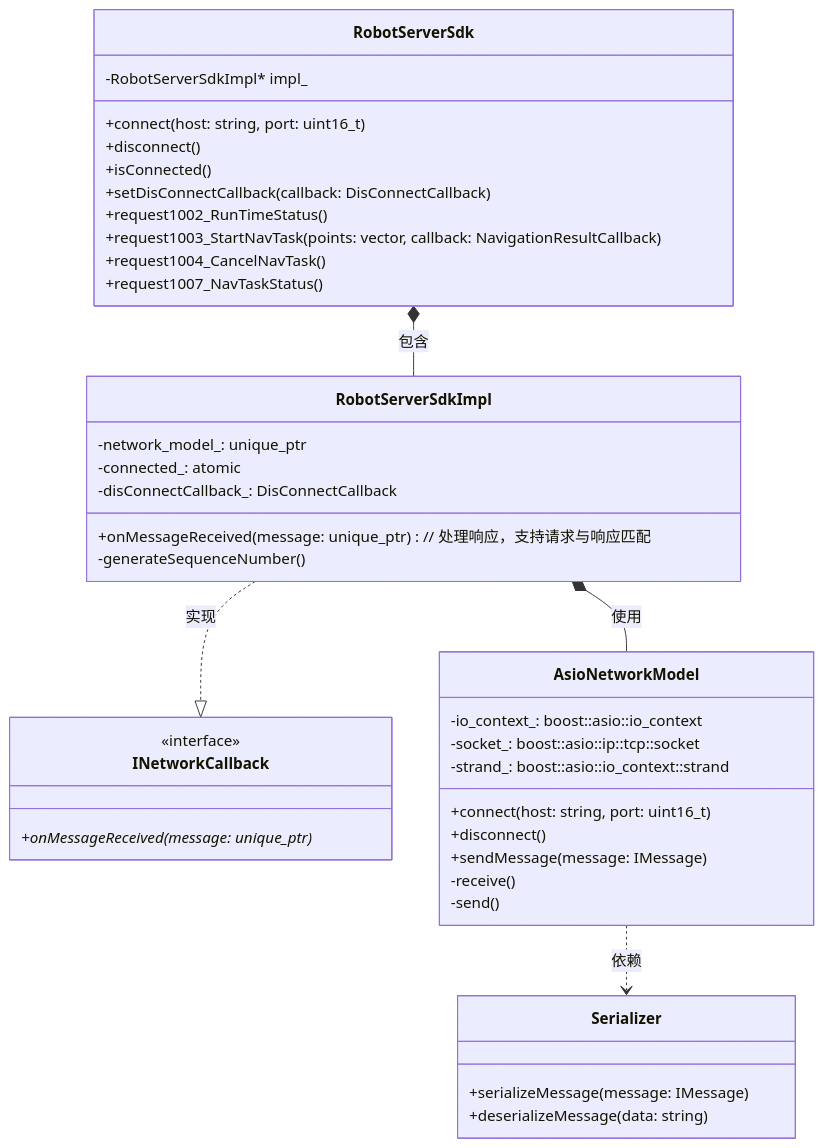
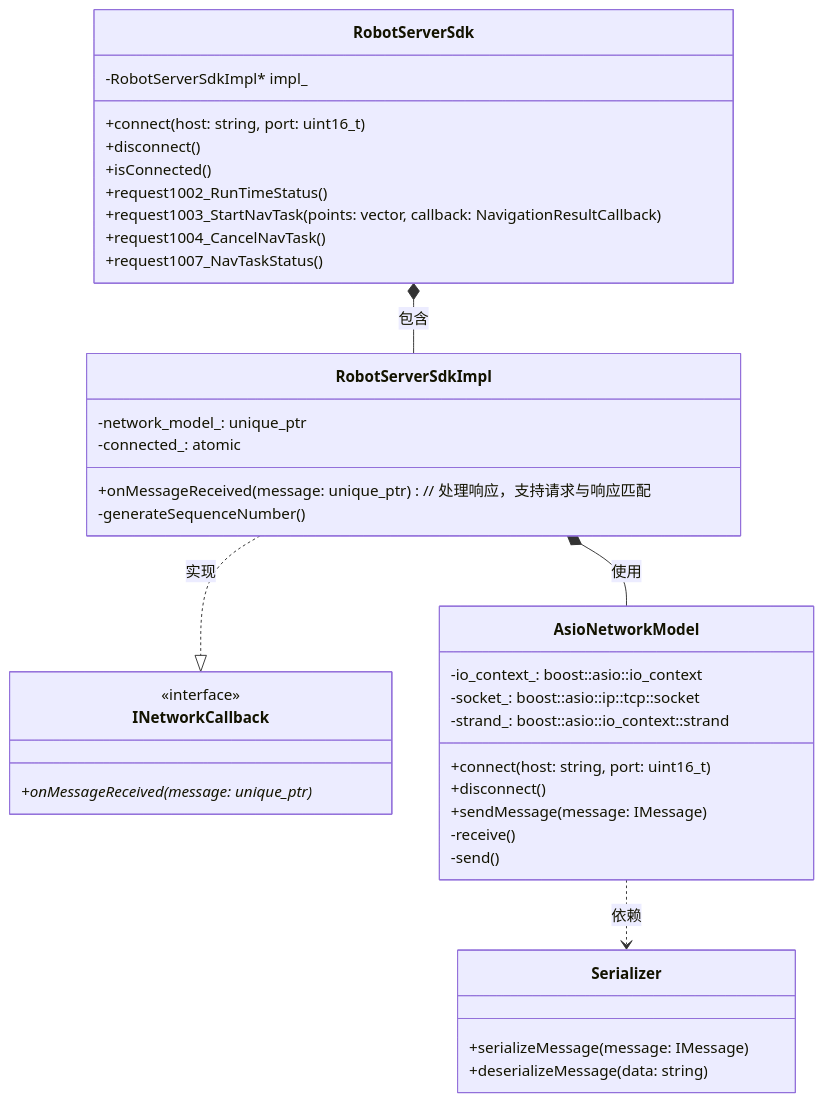
One commit to tailu123/x30-nav-sdk changed the first of 5 diagrams in docs2/architecture.md. Above: the diagram before and after it, drawn with Mermaid. The commit also changed other lines of this file and 12 other files, not shown here.

````diff
--- a/docs2/architecture.md
+++ b/docs2/architecture.md
@@ -93,51 +94,49 @@
 ```mermaid
 classDiagram
     %% 接口层
     class RobotServerSdk {
         -RobotServerSdkImpl* impl_
         +connect(host: string, port: uint16_t)
         +disconnect()
         +isConnected()
-        +setDisConnectCallback(callback: DisConnectCallback)
         +request1002_RunTimeStatus()
         +request1003_StartNavTask(points: vector<NavigationPoint>, callback: NavigationResultCallback)
         +request1004_CancelNavTask()
         +request1007_NavTaskStatus()
     }
 
     class RobotServerSdkImpl {
         -network_model_: unique_ptr<AsioNetworkModel>
         -connected_: atomic<bool>
-        -disConnectCallback_: DisConnectCallback
         +onMessageReceived(message: unique_ptr<IMessage>) // 处理响应，支持请求与响应匹配
         -generateSequenceNumber()
     }
 
     %% 通信层
     class INetworkCallback {
         <<interface>>
         +onMessageReceived(message: unique_ptr<IMessage>)*
     }
 
     class AsioNetworkModel {
         -io_context_: boost::asio::io_context
         -socket_: boost::asio::ip::tcp::socket
         -strand_: boost::asio::io_context::strand
         +connect(host: string, port: uint16_t)
         +disconnect()
         +sendMessage(message: IMessage)
         -receive()
         -send()
     }
 
     class Serializer {
         +serializeMessage(message: IMessage)
         +deserializeMessage(data: string)
     }
 
     %% 关系定义
     RobotServerSdk *-- RobotServerSdkImpl : 包含
     RobotServerSdkImpl ..|> INetworkCallback : 实现
     RobotServerSdkImpl *-- AsioNetworkModel : 使用
     AsioNetworkModel ..> Serializer : 依赖
 ```
````
